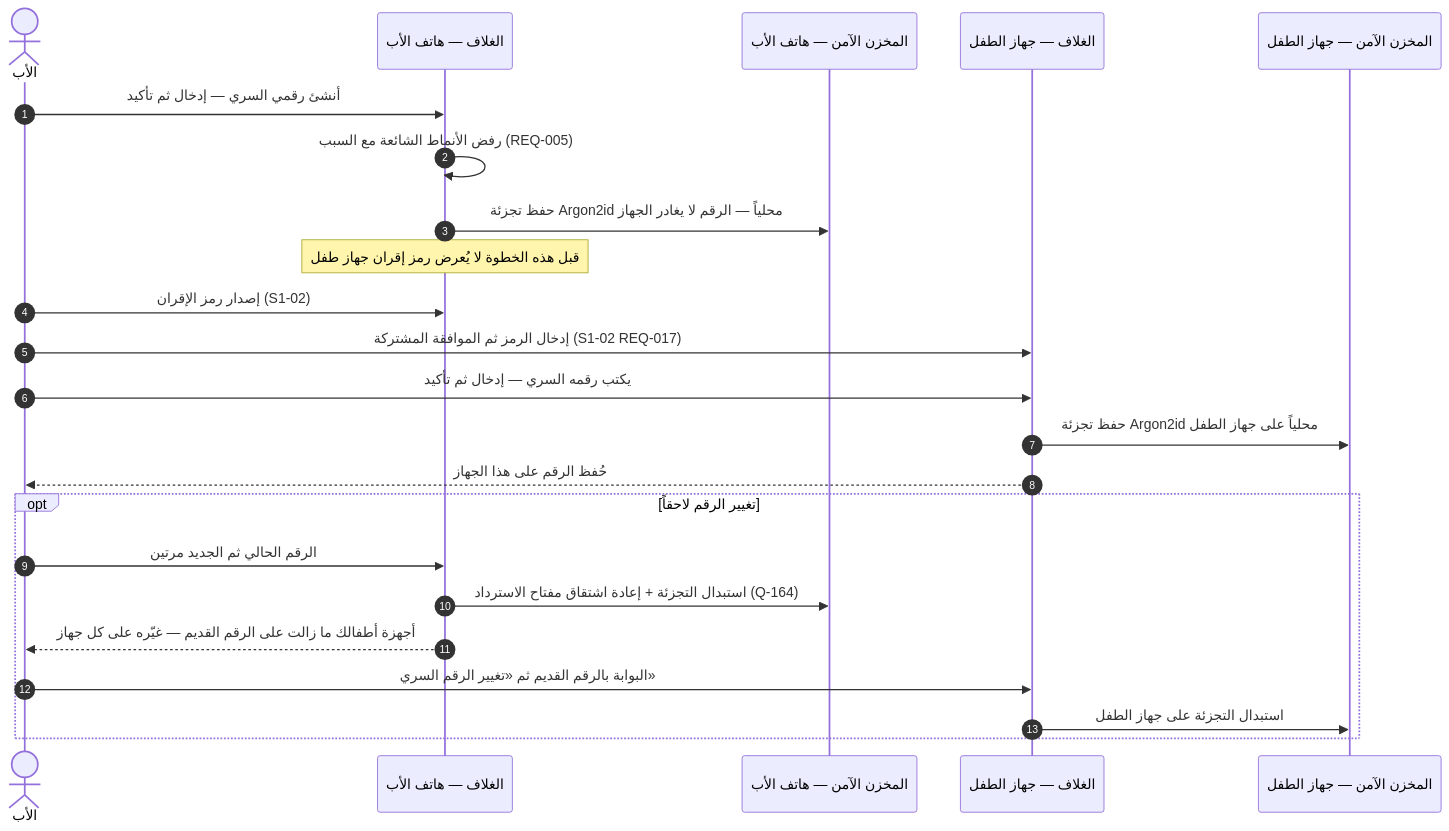
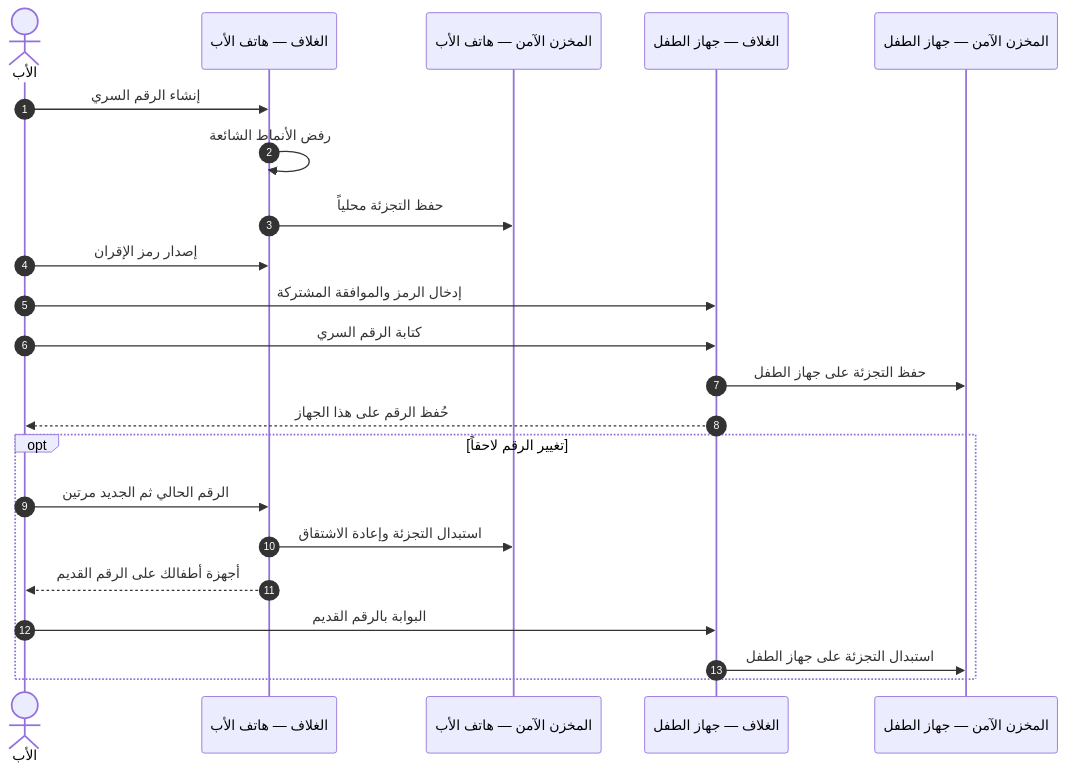
Before and after one commit to Bassam-mohammed-alqaeadi/family-os-v2: diagram 12 of 19 in docs/family-os/governance/phases/phase-1/S1-01-app-shell-and-platform/DIAGRAMS.md, drawn with Mermaid. The commit also changed other lines of this file, not shown here.

First line of the commit message:
S1-01: إعادة رسم مخططات Q-434 — محتوى Q-416/Q-424 وشكل §3

````diff
--- a/docs/family-os/governance/phases/phase-1/S1-01-app-shell-and-platform/DIAGRAMS.md
+++ b/docs/family-os/governance/phases/phase-1/S1-01-app-shell-and-platform/DIAGRAMS.md
@@ -429,25 +452,24 @@
 ```mermaid
 sequenceDiagram
     autonumber
     actor Father as الأب
     participant PShell as الغلاف — هاتف الأب
     participant PKS as المخزن الآمن — هاتف الأب
     participant CShell as الغلاف — جهاز الطفل
     participant CKS as المخزن الآمن — جهاز الطفل
-    Father->>PShell: أنشئ رقمي السري — إدخال ثم تأكيد
-    PShell->>PShell: رفض الأنماط الشائعة مع السبب (REQ-005)
-    PShell->>PKS: حفظ تجزئة Argon2id محلياً — الرقم لا يغادر الجهاز
-    Note over PShell: قبل هذه الخطوة لا يُعرض رمز إقران جهاز طفل
-    Father->>PShell: إصدار رمز الإقران (S1-02)
-    Father->>CShell: إدخال الرمز ثم الموافقة المشتركة (S1-02 REQ-017)
-    Father->>CShell: يكتب رقمه السري — إدخال ثم تأكيد
-    CShell->>CKS: حفظ تجزئة Argon2id محلياً على جهاز الطفل
+    Father->>PShell: إنشاء الرقم السري
+    PShell->>PShell: رفض الأنماط الشائعة
+    PShell->>PKS: حفظ التجزئة محلياً
+    Father->>PShell: إصدار رمز الإقران
+    Father->>CShell: إدخال الرمز والموافقة المشتركة
+    Father->>CShell: كتابة الرقم السري
+    CShell->>CKS: حفظ التجزئة على جهاز الطفل
     CShell-->>Father: حُفظ الرقم على هذا الجهاز
     opt تغيير الرقم لاحقاً
         Father->>PShell: الرقم الحالي ثم الجديد مرتين
-        PShell->>PKS: استبدال التجزئة + إعادة اشتقاق مفتاح الاسترداد (Q-164)
-        PShell-->>Father: أجهزة أطفالك ما زالت على الرقم القديم — غيّره على كل جهاز
-        Father->>CShell: البوابة بالرقم القديم ثم «تغيير الرقم السري»
+        PShell->>PKS: استبدال التجزئة وإعادة الاشتقاق
+        PShell-->>Father: أجهزة أطفالك على الرقم القديم
+        Father->>CShell: البوابة بالرقم القديم
         CShell->>CKS: استبدال التجزئة على جهاز الطفل
     end
 ```
````
